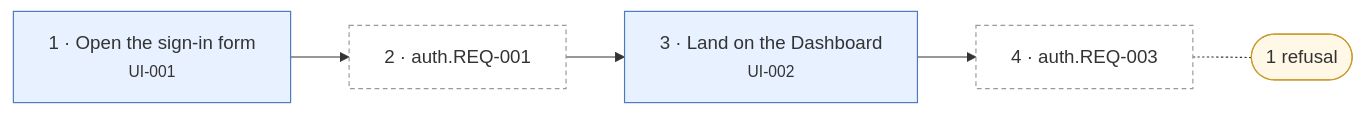
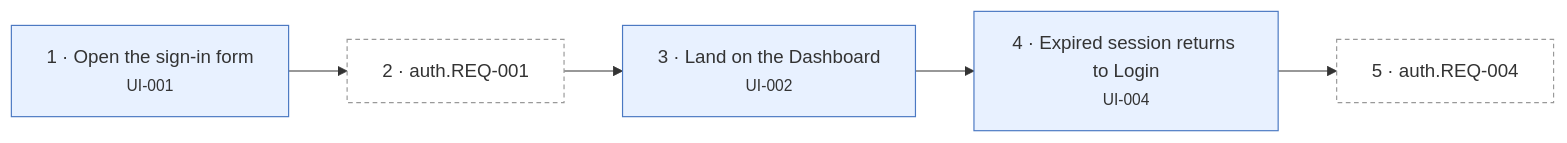
Before and after one commit to AlesKracik/quintessence: the second of 10 diagrams in examples/specs/auth-ui.readback.md, drawn with Mermaid. The commit also changed other lines of this file and 14 other files, not shown here.

````diff
--- a/examples/specs/auth-ui.readback.md
+++ b/examples/specs/auth-ui.readback.md
@@ -248,15 +248,14 @@
 ```mermaid
 flowchart LR
     S1["1 · Open the sign-in form<br/><small>UI-001</small>"]:::ok
     S2["2 · auth.REQ-001"]:::ext
     S1 --> S2
     S3["3 · Land on the Dashboard<br/><small>UI-002</small>"]:::ok
     S2 --> S3
-    S4["4 · auth.REQ-003"]:::ext
+    S4["4 · Expired session returns to Login<br/><small>UI-004</small>"]:::ok
     S3 --> S4
-    S4r(["1 refusal"]):::ref
-    S4 -.- S4r
+    S5["5 · auth.REQ-004"]:::ext
+    S4 --> S5
     classDef ext fill:#fff,stroke:#999,stroke-dasharray:4 3
     classDef ok fill:#e8f1ff,stroke:#4a78c2
-    classDef ref fill:#fff8e6,stroke:#c99a2e
 ```
````
